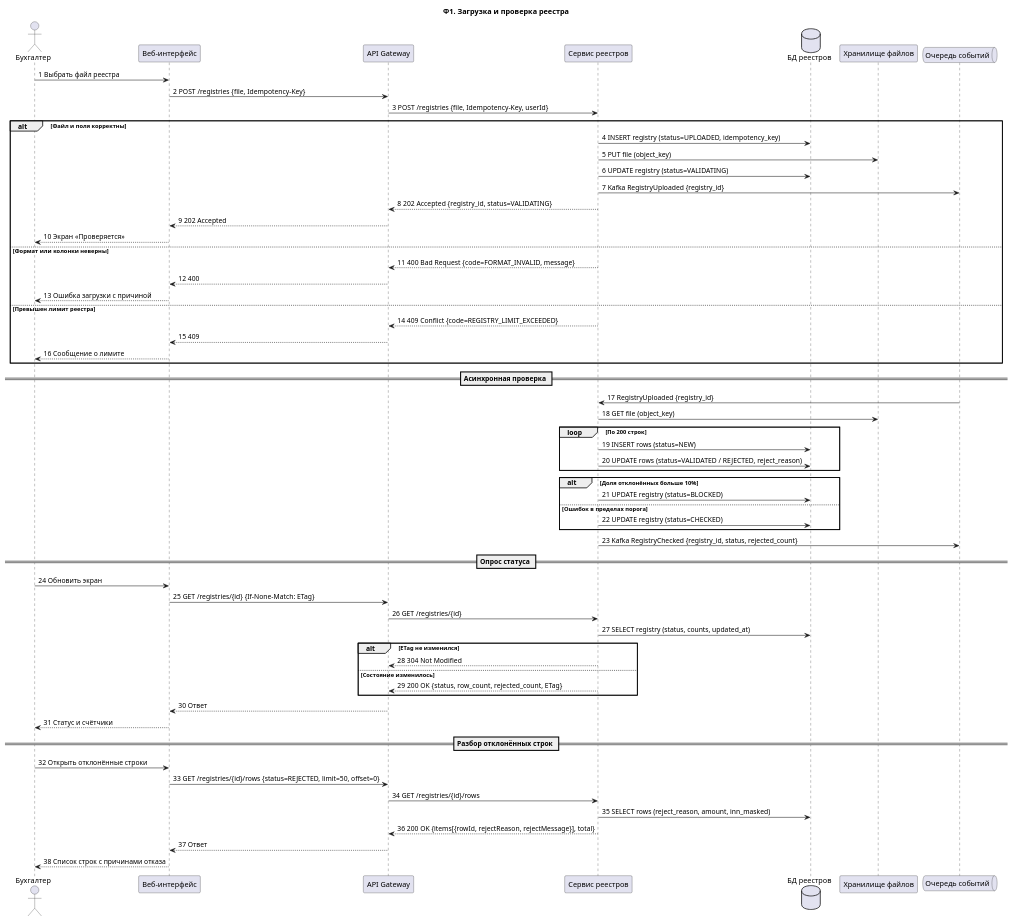
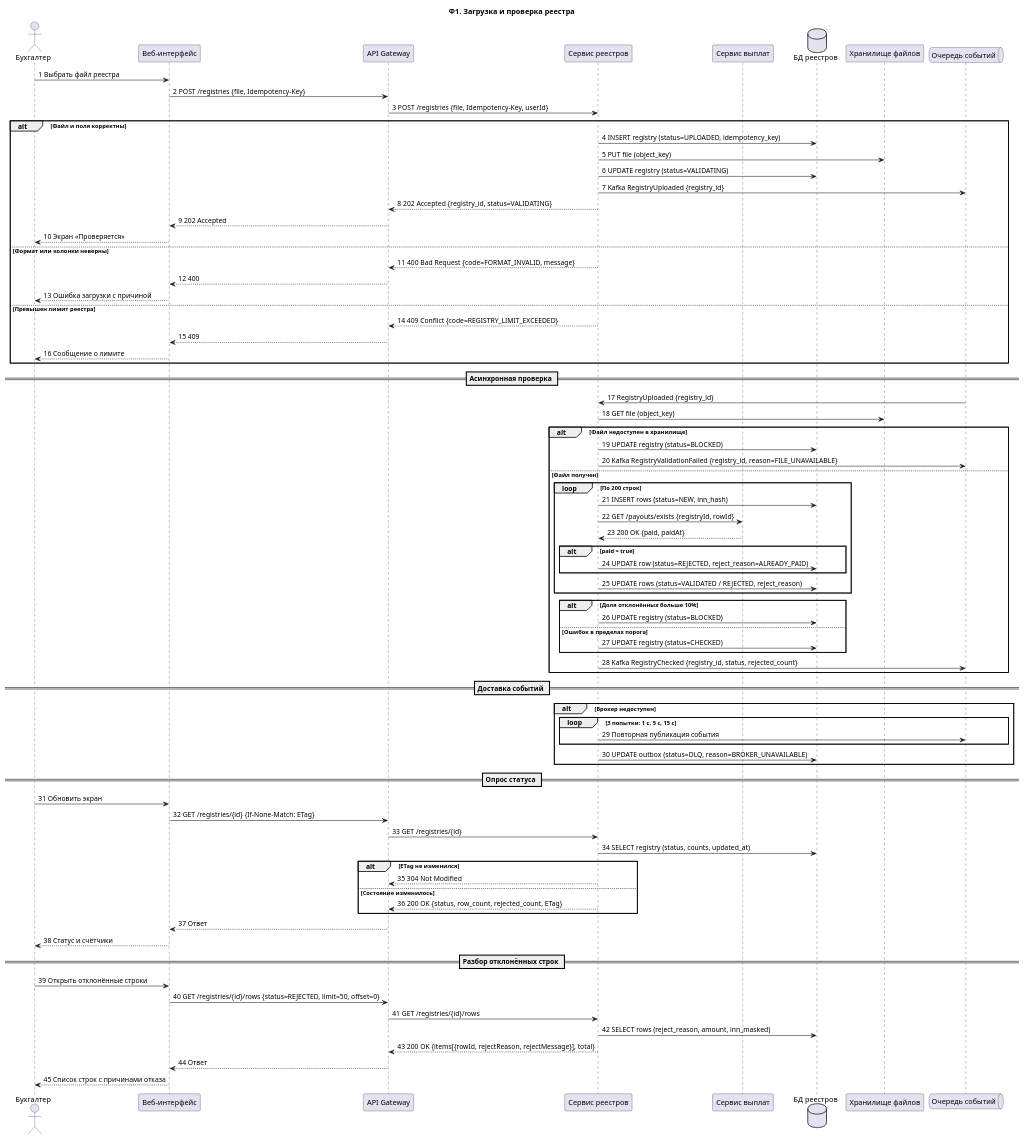
Before and after one commit to Antipindima1/722: the diagram in artifacts/sequence-registry.puml, drawn with PlantUML.

Commit message:
fix(sequence): regenerate source

```diff
--- a/artifacts/sequence-registry.puml
+++ b/artifacts/sequence-registry.puml
@@ -1,70 +1,90 @@
 @startuml
 title Ф1. Загрузка и проверка реестра
 
 actor "Бухгалтер" as acc
 participant "Веб-интерфейс" as web
 participant "API Gateway" as api
 participant "Сервис реестров" as reg
+participant "Сервис выплат" as pay
 database "БД реестров" as db
 participant "Хранилище файлов" as s3
 queue "Очередь событий" as mq
 
 acc -> web : 1 Выбрать файл реестра
 web -> api : 2 POST /registries {file, Idempotency-Key}
 api -> reg : 3 POST /registries {file, Idempotency-Key, userId}
 
 alt Файл и поля корректны
   reg -> db : 4 INSERT registry (status=UPLOADED, idempotency_key)
   reg -> s3 : 5 PUT file (object_key)
   reg -> db : 6 UPDATE registry (status=VALIDATING)
   reg -> mq : 7 Kafka RegistryUploaded {registry_id}
   reg --> api : 8 202 Accepted {registry_id, status=VALIDATING}
   api --> web : 9 202 Accepted
   web --> acc : 10 Экран «Проверяется»
 else Формат или колонки неверны
   reg --> api : 11 400 Bad Request {code=FORMAT_INVALID, message}
   api --> web : 12 400
   web --> acc : 13 Ошибка загрузки с причиной
 else Превышен лимит реестра
   reg --> api : 14 409 Conflict {code=REGISTRY_LIMIT_EXCEEDED}
   api --> web : 15 409
   web --> acc : 16 Сообщение о лимите
 end
 
 == Асинхронная проверка ==
 mq -> reg : 17 RegistryUploaded {registry_id}
 reg -> s3 : 18 GET file (object_key)
-loop По 200 строк
-  reg -> db : 19 INSERT rows (status=NEW)
-  reg -> db : 20 UPDATE rows (status=VALIDATED / REJECTED, reject_reason)
+
+alt Файл недоступен в хранилище
+  reg -> db : 19 UPDATE registry (status=BLOCKED)
+  reg -> mq : 20 Kafka RegistryValidationFailed {registry_id, reason=FILE_UNAVAILABLE}
+else Файл получен
+  loop По 200 строк
+    reg -> db : 21 INSERT rows (status=NEW, inn_hash)
+    reg -> pay : 22 GET /payouts/exists {registryId, rowId}
+    pay --> reg : 23 200 OK {paid, paidAt}
+    alt paid = true
+      reg -> db : 24 UPDATE row (status=REJECTED, reject_reason=ALREADY_PAID)
+    end
+    reg -> db : 25 UPDATE rows (status=VALIDATED / REJECTED, reject_reason)
+  end
+  alt Доля отклонённых больше 10%
+    reg -> db : 26 UPDATE registry (status=BLOCKED)
+  else Ошибок в пределах порога
+    reg -> db : 27 UPDATE registry (status=CHECKED)
+  end
+  reg -> mq : 28 Kafka RegistryChecked {registry_id, status, rejected_count}
 end
-alt Доля отклонённых больше 10%
-  reg -> db : 21 UPDATE registry (status=BLOCKED)
-else Ошибок в пределах порога
-  reg -> db : 22 UPDATE registry (status=CHECKED)
+
+== Доставка событий ==
+alt Брокер недоступен
+  loop 3 попытки: 1 с, 5 с, 15 с
+    reg -> mq : 29 Повторная публикация события
+  end
+  reg -> db : 30 UPDATE outbox (status=DLQ, reason=BROKER_UNAVAILABLE)
 end
-reg -> mq : 23 Kafka RegistryChecked {registry_id, status, rejected_count}
 
 == Опрос статуса ==
-acc -> web : 24 Обновить экран
-web -> api : 25 GET /registries/{id} {If-None-Match: ETag}
-api -> reg : 26 GET /registries/{id}
-reg -> db : 27 SELECT registry (status, counts, updated_at)
+acc -> web : 31 Обновить экран
+web -> api : 32 GET /registries/{id} {If-None-Match: ETag}
+api -> reg : 33 GET /registries/{id}
+reg -> db : 34 SELECT registry (status, counts, updated_at)
 alt ETag не изменился
-  reg --> api : 28 304 Not Modified
+  reg --> api : 35 304 Not Modified
 else Состояние изменилось
-  reg --> api : 29 200 OK {status, row_count, rejected_count, ETag}
+  reg --> api : 36 200 OK {status, row_count, rejected_count, ETag}
 end
-api --> web : 30 Ответ
-web --> acc : 31 Статус и счётчики
+api --> web : 37 Ответ
+web --> acc : 38 Статус и счётчики
 
 == Разбор отклонённых строк ==
-acc -> web : 32 Открыть отклонённые строки
-web -> api : 33 GET /registries/{id}/rows {status=REJECTED, limit=50, offset=0}
-api -> reg : 34 GET /registries/{id}/rows
-reg -> db : 35 SELECT rows (reject_reason, amount, inn_masked)
-reg --> api : 36 200 OK {items[{rowId, rejectReason, rejectMessage}], total}
-api --> web : 37 Ответ
-web --> acc : 38 Список строк с причинами отказа
+acc -> web : 39 Открыть отклонённые строки
+web -> api : 40 GET /registries/{id}/rows {status=REJECTED, limit=50, offset=0}
+api -> reg : 41 GET /registries/{id}/rows
+reg -> db : 42 SELECT rows (reject_reason, amount, inn_masked)
+reg --> api : 43 200 OK {items[{rowId, rejectReason, rejectMessage}], total}
+api --> web : 44 Ответ
+web --> acc : 45 Список строк с причинами отказа
 
 @enduml
```
